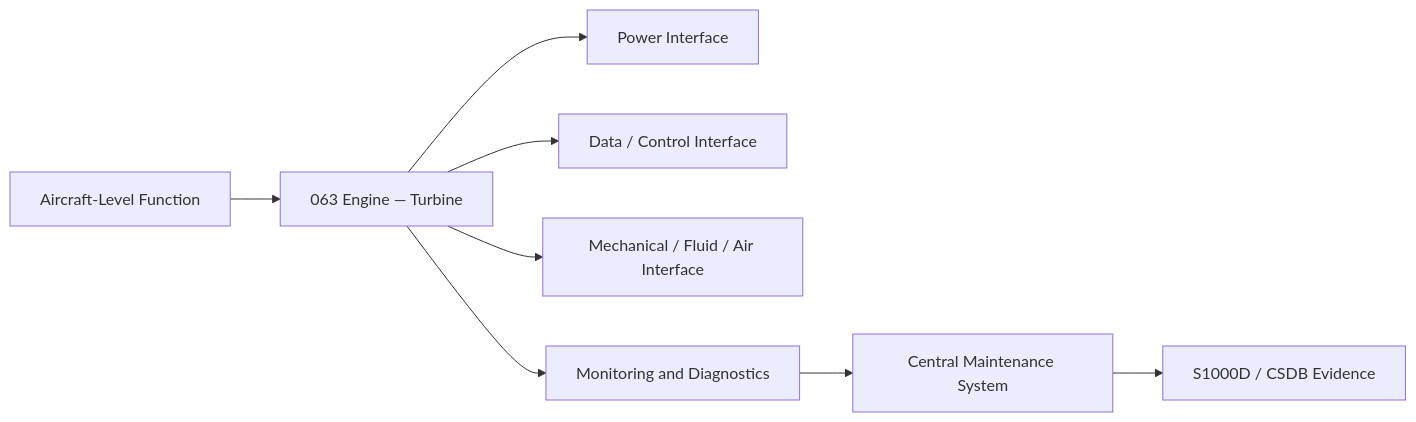
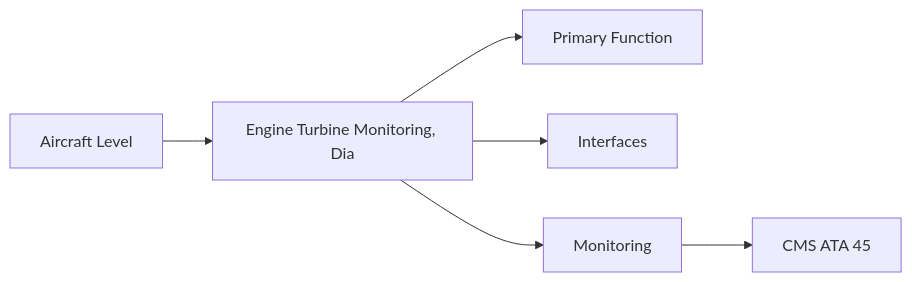
The first of 2 diagrams in Q+ATLANTIDE/000-099_ATLAS/060-069_Propulsion-Tradicional/063_Engine-Turbine/063-080-Engine-Turbine-Monitoring-Diagnostics-and-Control-Interfaces.md (AmedeoPelliccia/Qplus-For-All-Queer-People-and-Quantum), drawn with Mermaid before and after one commit. The commit also changed other lines of this file and 74 other files, not shown here.

````diff
--- a/Q+ATLANTIDE/000-099_ATLAS/060-069_Propulsion-Tradicional/063_Engine-Turbine/063-080-Engine-Turbine-Monitoring-Diagnostics-and-Control-Interfaces.md
+++ b/Q+ATLANTIDE/000-099_ATLAS/060-069_Propulsion-Tradicional/063_Engine-Turbine/063-080-Engine-Turbine-Monitoring-Diagnostics-and-Control-Interfaces.md
@@ -153,10 +83,8 @@
 ```mermaid
 flowchart LR
-    A[Aircraft-Level Function] --> B[063 Engine — Turbine]
-    B --> C[Power Interface]
-    B --> D[Data / Control Interface]
-    B --> E[Mechanical / Fluid / Air Interface]
-    B --> F[Monitoring and Diagnostics]
-    F --> G[Central Maintenance System]
-    G --> H[S1000D / CSDB Evidence]
+    A[Aircraft Level] --> B[Engine Turbine Monitoring, Dia]
+    B --> C[Primary Function]
+    B --> D[Interfaces]
+    B --> E[Monitoring]
+    E --> F[CMS ATA 45]
 ```
````
